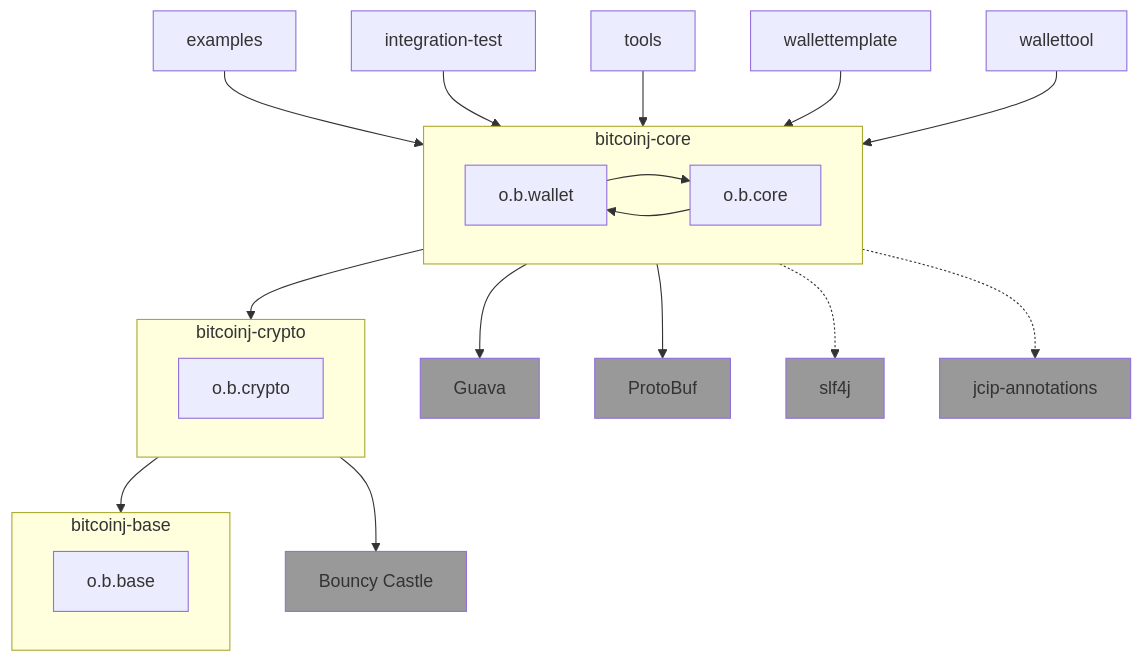
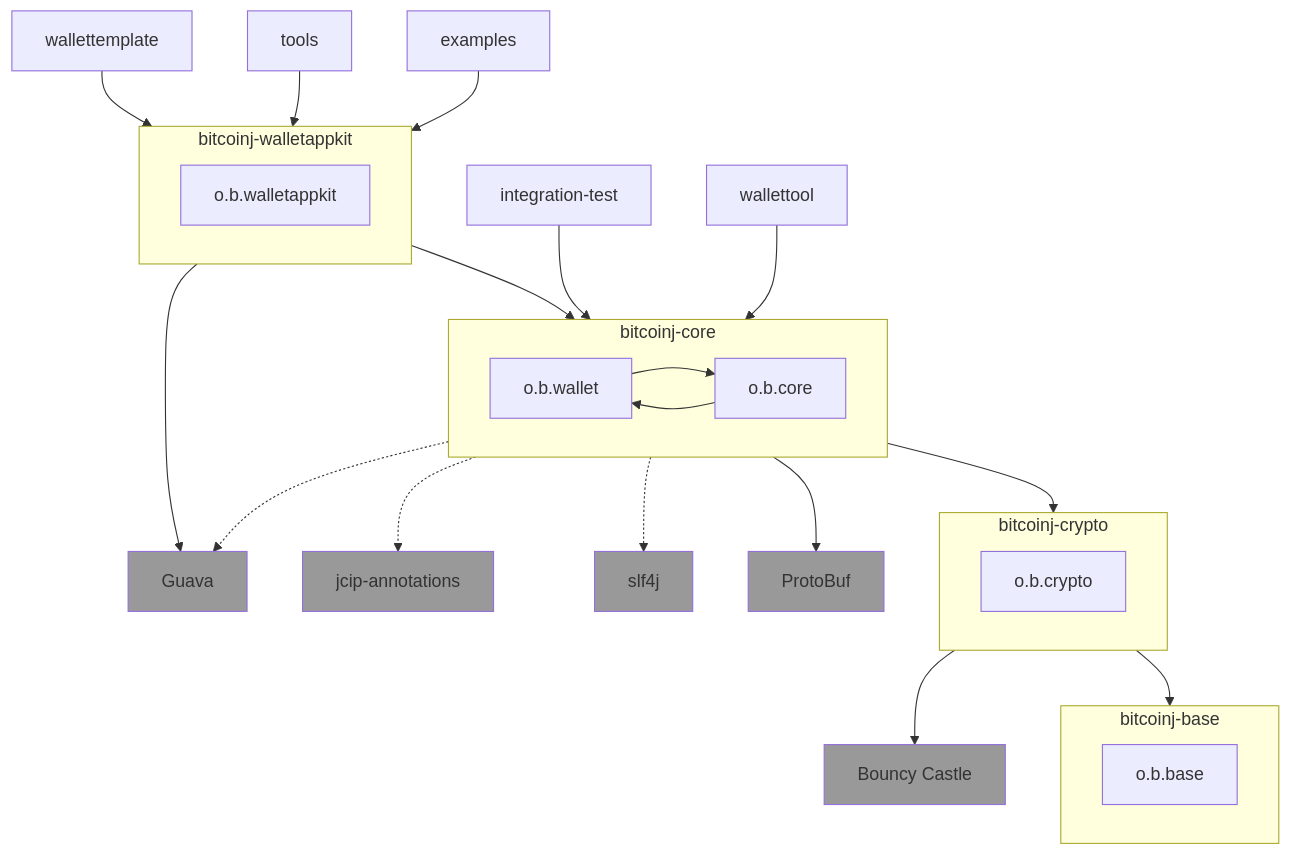
The third of 4 diagrams in designdocs/modular-architecture.md (bitcoinj/bitcoinj), drawn with Mermaid before and after one commit. The commit also changed other lines of this file, not shown here.

Commit message:
modular-architecture.md: Update for WalletAppKit module
Update the diagrams and text to match the proposal in Issue #3299
and PR #3316.

`````diff
--- a/designdocs/modular-architecture.md
+++ b/designdocs/modular-architecture.md
@@ -66,28 +72,33 @@
 ````mermaid
 flowchart TD
-    E[examples] --> CORE
+    E[examples] --> WAKP
     IT[integration-test] --> CORE
-    T[tools] --> CORE
-    FX[wallettemplate] --> CORE
+    T[tools] --> WAKP
+    FX[wallettemplate] --> WAKP
     WT[wallettool] --> CORE
+    subgraph WAKP [bitcoinj-walletappkit]
+        WAK[o.b.walletappkit]
+    end
+    WAKP --> CORE
+    WAKP --> G
     subgraph CORE [bitcoinj-core]
         W[o.b.wallet] --> CO[o.b.core]
         CO --> W
     end
     CORE --> CRYPTO
     subgraph CRYPTO [bitcoinj-crypto]
         CR[o.b.crypto]
     end
     CRYPTO --> BASE
     CRYPTO --> BC[Bouncy Castle]
     subgraph BASE [bitcoinj-base]
         B[o.b.base]
     end
-    CORE --> G[Guava]
     CORE --> P[ProtoBuf]
     CORE .-> S[slf4j]
     CORE .-> A[jcip-annotations]
+    CORE .-> G[Guava]
 
 classDef external fill:#999;
 class G,S,A,BC,P external;
 ````
`````
